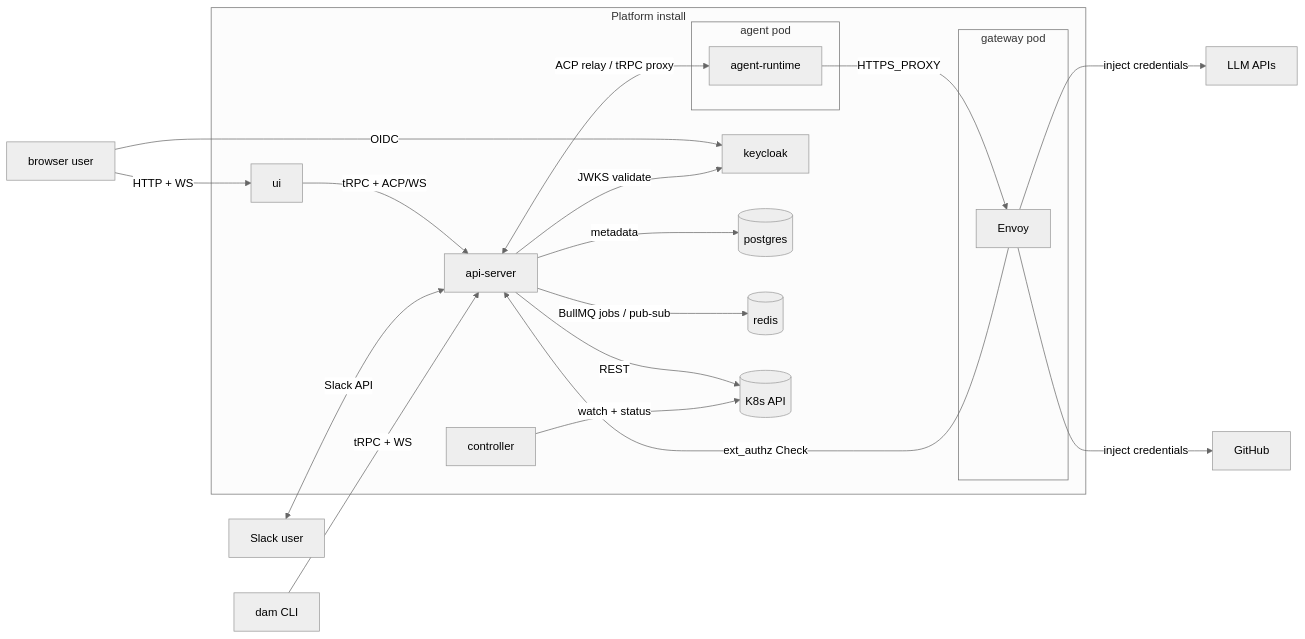
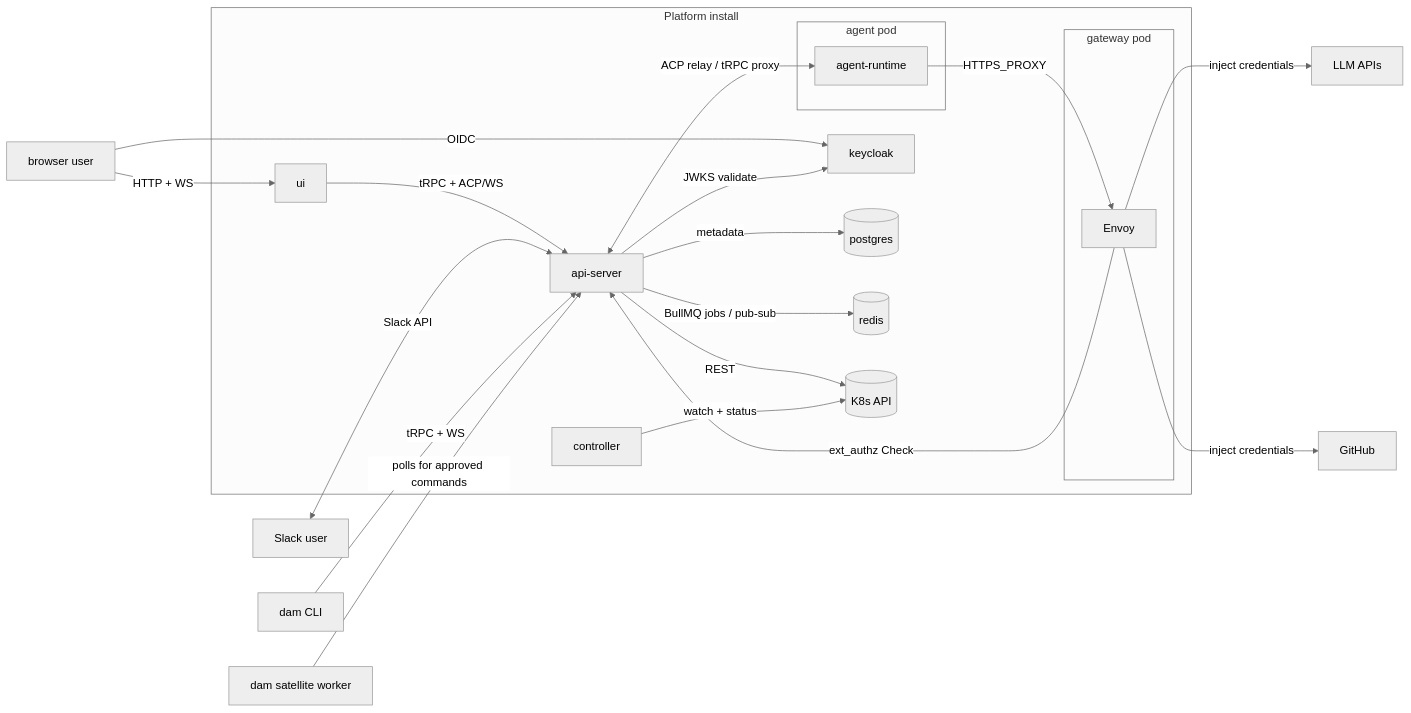
The diagram in docs/architecture.md (dam-agents/dam), drawn with Mermaid (neutral theme) before and after one commit. The commit also changed other lines of this file and 16 other files, not shown here.

````diff
--- a/docs/architecture.md
+++ b/docs/architecture.md
@@ -7,45 +7,47 @@
 ```mermaid
 flowchart LR
   user[browser user]
   slack-user[Slack user]
   cli[dam CLI]
+  satellite[dam satellite worker]
   llm[LLM APIs]
   github[GitHub]
 
   subgraph cluster[Platform install]
     ui[ui]
     api-server[api-server]
     controller[controller]
     keycloak[keycloak]
     postgres[(postgres)]
     redis[(redis)]
     k8s-api[(K8s API)]
     subgraph agentpod[agent pod]
       agent-runtime
     end
     subgraph gatewaypod[gateway pod]
       envoy[Envoy]
     end
   end
 
   user -->|HTTP + WS| ui
   ui -->|tRPC + ACP/WS| api-server
   user -->|OIDC| keycloak
 
   slack-user <-->|Slack API| api-server
 
   cli -->|tRPC + WS| api-server
+  satellite -->|polls for approved commands| api-server
 
   api-server <-->|ACP relay / tRPC proxy| agent-runtime
   api-server -->|REST| k8s-api
   api-server -->|JWKS validate| keycloak
   api-server -->|metadata| postgres
   api-server -->|BullMQ jobs / pub-sub| redis
 
   controller -->|watch + status| k8s-api
 
   agent-runtime -->|HTTPS_PROXY| envoy
   envoy -->|ext_authz Check| api-server
   envoy -->|inject credentials| llm
   envoy -->|inject credentials| github
 ```
````
